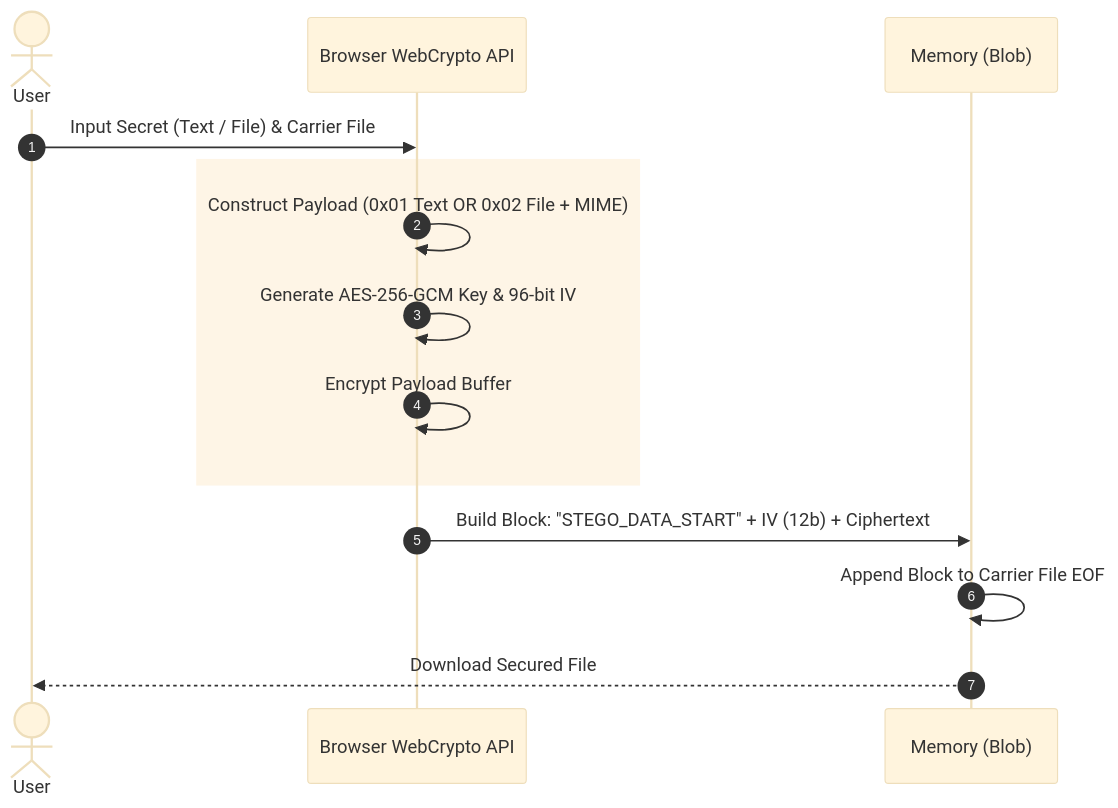
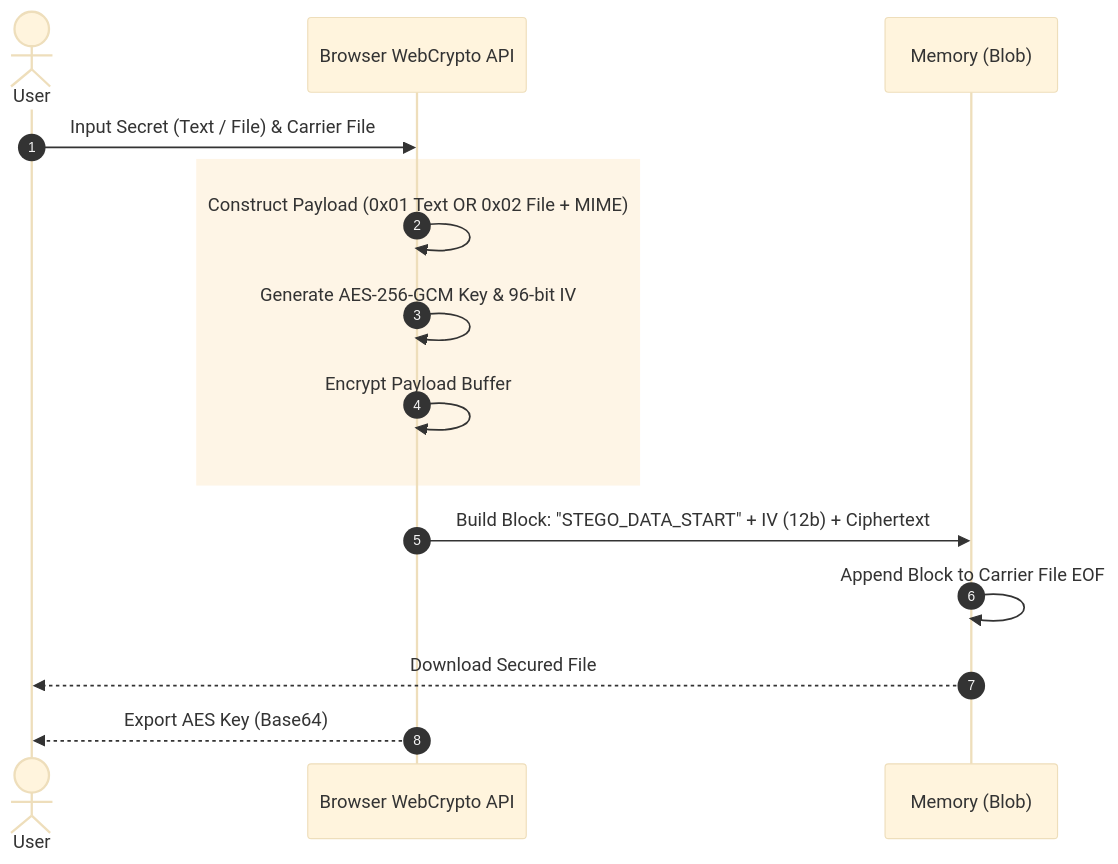
Before and after one commit to kirtanpatel2201/CryptoSeal: the second of 3 diagrams in README.md, drawn with Mermaid (base theme). The commit also changed other lines of this file, not shown here.

Commit message:
docs: Add AES Key export step to stego diagrams

````diff
--- a/README.md
+++ b/README.md
@@ -88,17 +88,18 @@
 ```mermaid
 sequenceDiagram
     autonumber
     actor User
     participant WebCrypto as Browser WebCrypto API
     participant Mem as Memory (Blob)
 
     User->>WebCrypto: Input Secret (Text / File) & Carrier File
     rect rgba(245, 158, 11, 0.1)
     WebCrypto->>WebCrypto: Construct Payload (0x01 Text OR 0x02 File + MIME)
     WebCrypto->>WebCrypto: Generate AES-256-GCM Key & 96-bit IV
     WebCrypto->>WebCrypto: Encrypt Payload Buffer
     end
     WebCrypto->>Mem: Build Block: "STEGO_DATA_START" + IV (12b) + Ciphertext
     Mem->>Mem: Append Block to Carrier File EOF
     Mem-->>User: Download Secured File
+    WebCrypto-->>User: Export AES Key (Base64)
 ```
````
